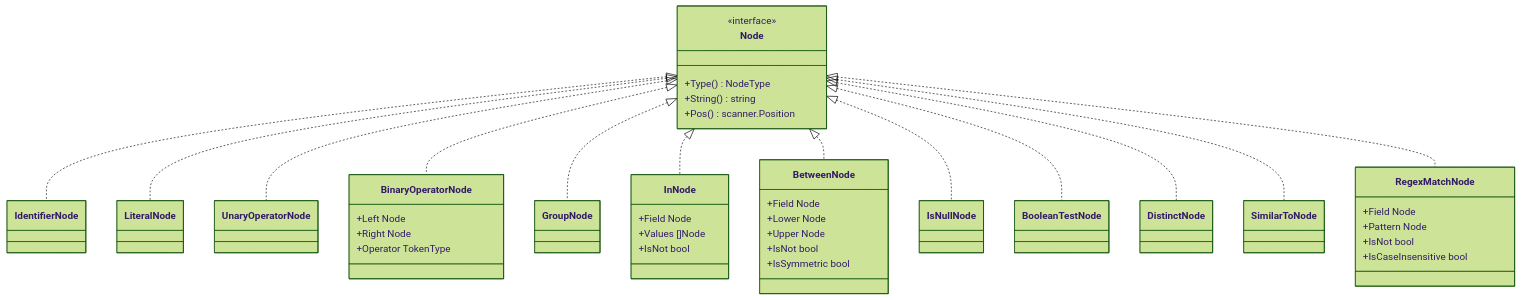
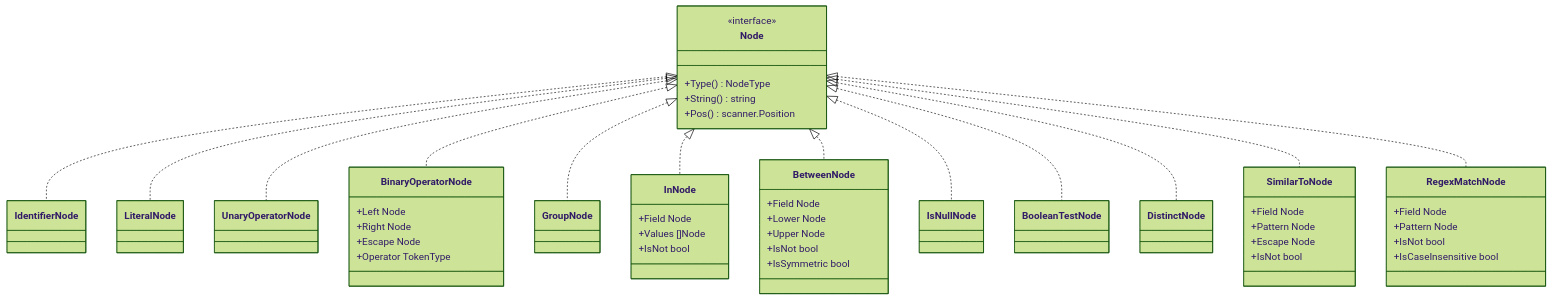
The fifth of 5 diagrams in docs/filtering.md (slashdevops/qfv), drawn with Mermaid (forest theme) before and after one commit. The commit also changed other lines of this file and 4 other files, not shown here.

First line of the commit message:
feat: the ESCAPE clause of the pattern operators (#27)

````diff
--- a/docs/filtering.md
+++ b/docs/filtering.md
@@ -283,46 +289,53 @@
 ```mermaid
 classDiagram
     class Node {
         <<interface>>
         +Type() NodeType
         +String() string
         +Pos() scanner.Position
     }
 
     Node <|.. IdentifierNode
     Node <|.. LiteralNode
     Node <|.. UnaryOperatorNode
     Node <|.. BinaryOperatorNode
     Node <|.. GroupNode
     Node <|.. InNode
     Node <|.. BetweenNode
     Node <|.. IsNullNode
     Node <|.. BooleanTestNode
     Node <|.. DistinctNode
     Node <|.. SimilarToNode
     Node <|.. RegexMatchNode
 
     class BinaryOperatorNode {
         +Left Node
         +Right Node
+        +Escape Node
         +Operator TokenType
+    }
+    class SimilarToNode {
+        +Field Node
+        +Pattern Node
+        +Escape Node
+        +IsNot bool
     }
     class InNode {
         +Field Node
         +Values []Node
         +IsNot bool
     }
     class BetweenNode {
         +Field Node
         +Lower Node
         +Upper Node
         +IsNot bool
         +IsSymmetric bool
     }
     class RegexMatchNode {
         +Field Node
         +Pattern Node
         +IsNot bool
         +IsCaseInsensitive bool
     }
 ```
````
